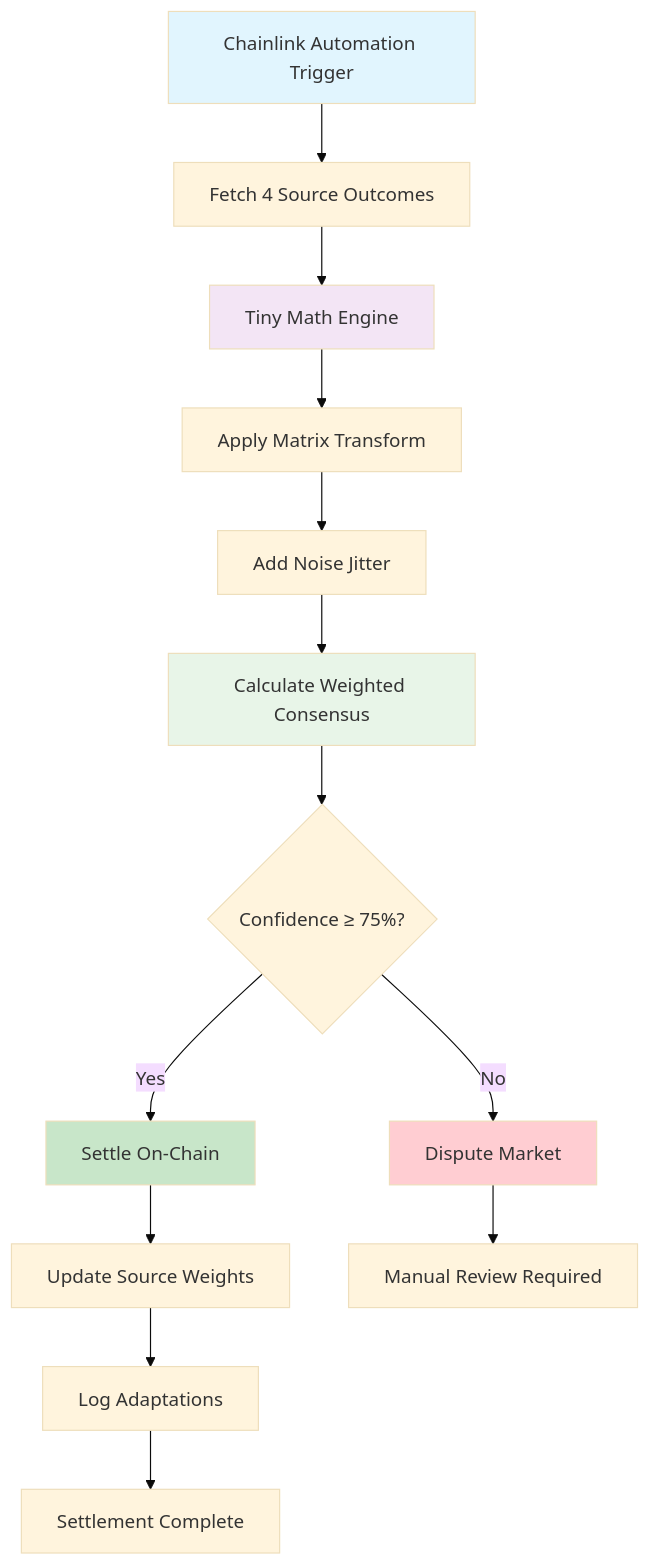
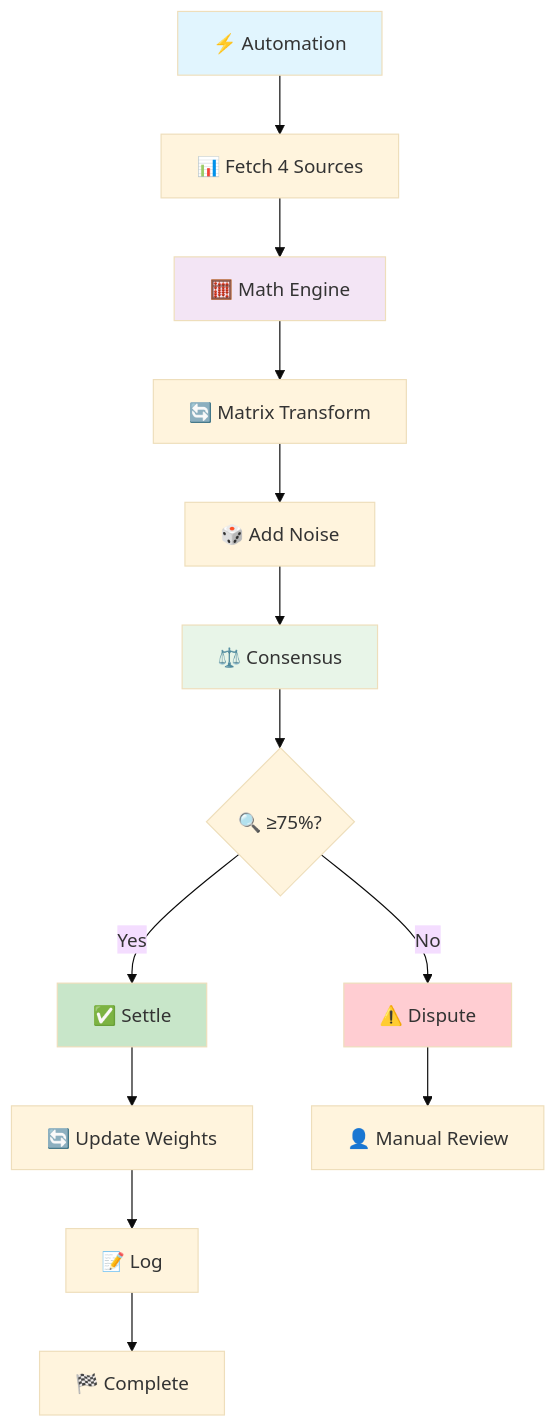
The diagram in docs/flows/settlement.md (apeaircreative/olympics-prediction-oracle), drawn with Mermaid (base theme) before and after one commit. The commit also changed 4 other files, not shown here.

First line of the commit message:
Apply visual design principles to all Mermaid diagrams

````diff
--- a/docs/flows/settlement.md
+++ b/docs/flows/settlement.md
@@ -8,21 +8,21 @@
 ```mermaid
 flowchart TD
-    A[Chainlink Automation Trigger] --> B[Fetch 4 Source Outcomes]
-    B --> C[Tiny Math Engine]
-    C --> D[Apply Matrix Transform]
-    D --> E[Add Noise Jitter]
-    E --> F[Calculate Weighted Consensus]
-    F --> G{Confidence ≥ 75%?}
-    G -->|Yes| H[Settle On-Chain]
-    G -->|No| I[Dispute Market]
-    H --> J[Update Source Weights]
-    I --> K[Manual Review Required]
-    J --> L[Log Adaptations]
-    L --> M[Settlement Complete]
+    A[⚡ Automation] --> B[📊 Fetch 4 Sources]
+    B --> C[🧮 Math Engine]
+    C --> D[🔄 Matrix Transform]
+    D --> E[🎲 Add Noise]
+    E --> F[⚖️ Consensus]
+    F --> G{🔍 ≥75%?}
+    G -->|Yes| H[✅ Settle]
+    G -->|No| I[⚠️ Dispute]
+    H --> J[🔄 Update Weights]
+    I --> K[👤 Manual Review]
+    J --> L[📝 Log]
+    L --> M[🏁 Complete]
     
     style A fill:#e1f5fe
     style C fill:#f3e5f5
     style F fill:#e8f5e8
     style H fill:#c8e6c9
     style I fill:#ffcdd2
 ```
````
